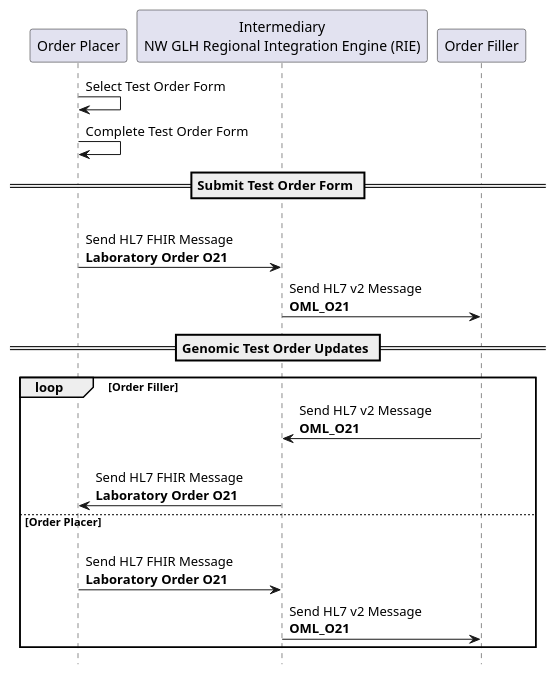
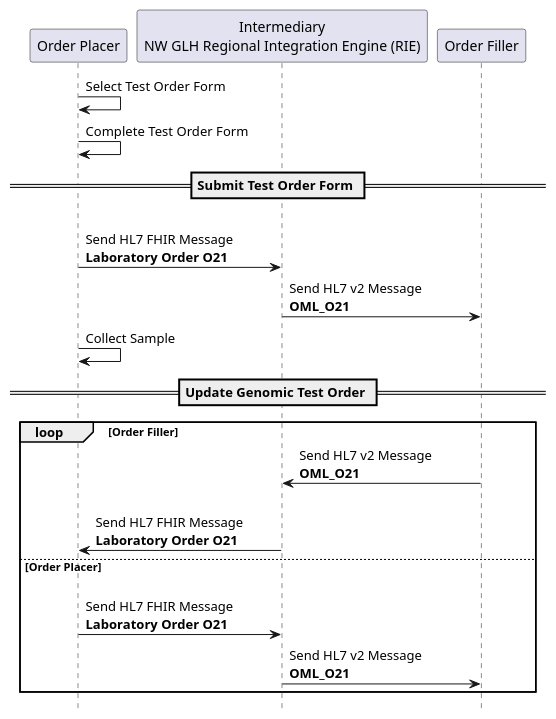
Before and after one commit to nw-gmsa/nw-gmsa.github.com: the diagram in input/images-source/LTW-usecase-1-sequence.plantuml, drawn with PlantUML. The commit also changed 3 other files, not shown here.

```diff
--- a/input/images-source/LTW-usecase-1-sequence.plantuml
+++ b/input/images-source/LTW-usecase-1-sequence.plantuml
@@ -1,26 +1,27 @@
 @startuml
 
 hide footbox
 
 participant "Order Placer" as EPR
 participant "Intermediary\nNW GLH Regional Integration Engine (RIE)" as TIE
 participant "Order Filler" as LIMS
 
 EPR -> EPR: Select Test Order Form
 EPR -> EPR: Complete Test Order Form
 
 == Submit Test Order Form ==
 EPR -> TIE: \nSend HL7 FHIR Message\n**Laboratory Order O21**
 TIE -> LIMS: Send HL7 v2 Message\n**OML_O21**
 
+EPR -> EPR: Collect Sample
 
-== Genomic Test Order Updates ==
+== Update Genomic Test Order ==
 loop Order Filler
 LIMS -> TIE : Send HL7 v2 Message\n**OML_O21**
 TIE -> EPR  : \nSend HL7 FHIR Message\n**Laboratory Order O21**
 else Order Placer
 EPR -> TIE: \nSend HL7 FHIR Message\n**Laboratory Order O21**
 TIE -> LIMS: Send HL7 v2 Message\n**OML_O21**
 end
 
 @enduml
```
